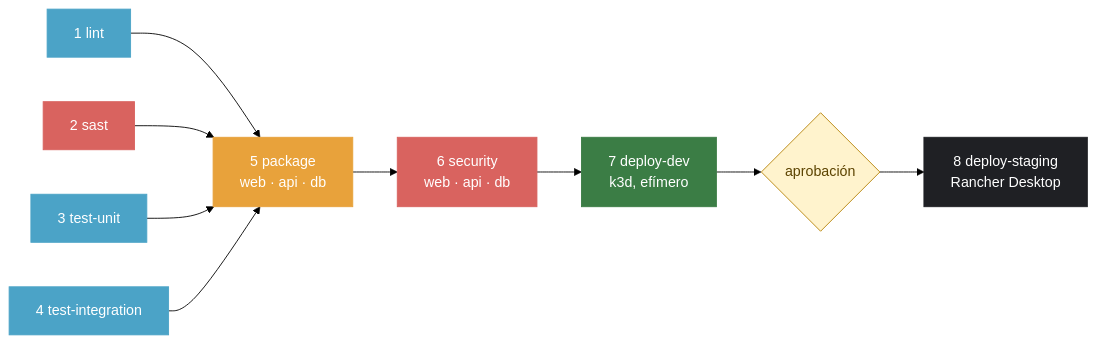
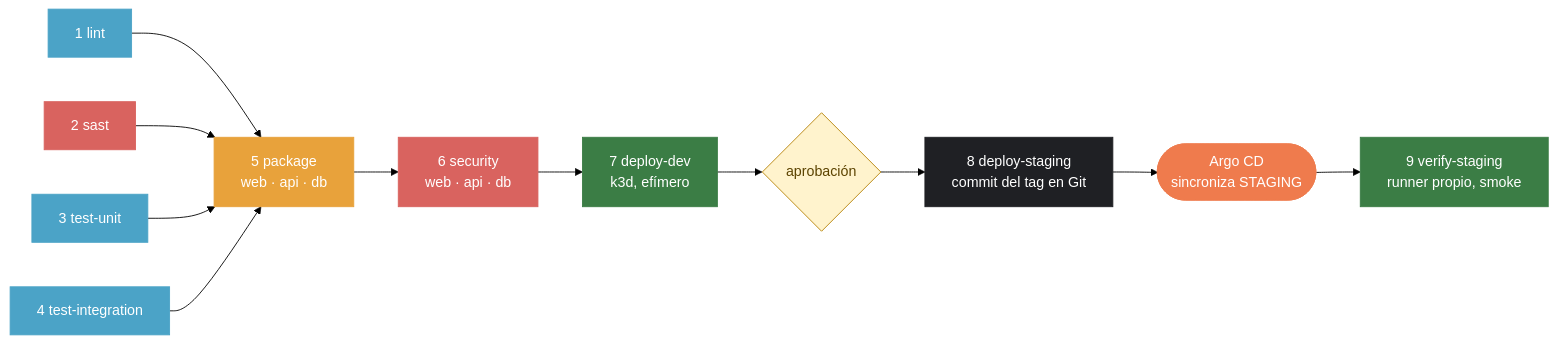
Before and after one commit to Jesusro-del/demo-cicd: the diagram in README.md, drawn with Mermaid (forest theme). The commit also changed other lines of this file and 5 other files, not shown here.

First line of the commit message:
Reto 4: STAGING con GitOps (Argo CD)

````diff
--- a/README.md
+++ b/README.md
@@ -11,17 +11,19 @@
 ```mermaid
 flowchart LR
     L["1 lint"] --> P["5 package<br/>web · api · db"]
     S["2 sast"] --> P
     TU["3 test-unit"] --> P
     TI["4 test-integration"] --> P
-    P --> SEC["6 security<br/>web · api · db"] --> DEV["7 deploy-dev<br/>k3d, efímero"] --> AP{"aprobación"} --> STG["8 deploy-staging<br/>Rancher Desktop"]
+    P --> SEC["6 security<br/>web · api · db"] --> DEV["7 deploy-dev<br/>k3d, efímero"] --> AP{"aprobación"} --> STG["8 deploy-staging<br/>commit del tag en Git"] --> ARGO(["Argo CD<br/>sincroniza STAGING"]) --> VS["9 verify-staging<br/>runner propio, smoke"]
     style L fill:#4ba3c7,stroke:#4ba3c7,color:#fff
     style S fill:#d9635f,stroke:#d9635f,color:#fff
     style TU fill:#4ba3c7,stroke:#4ba3c7,color:#fff
     style TI fill:#4ba3c7,stroke:#4ba3c7,color:#fff
     style P fill:#e8a23b,stroke:#e8a23b,color:#fff
     style SEC fill:#d9635f,stroke:#d9635f,color:#fff
     style DEV fill:#3b7d45,stroke:#3b7d45,color:#fff
     style AP fill:#fff3cd,stroke:#b58105,color:#5c4300
     style STG fill:#1f2024,stroke:#1f2024,color:#fff
+    style ARGO fill:#ef7b4d,stroke:#ef7b4d,color:#fff
+    style VS fill:#3b7d45,stroke:#3b7d45,color:#fff
 ```
````
